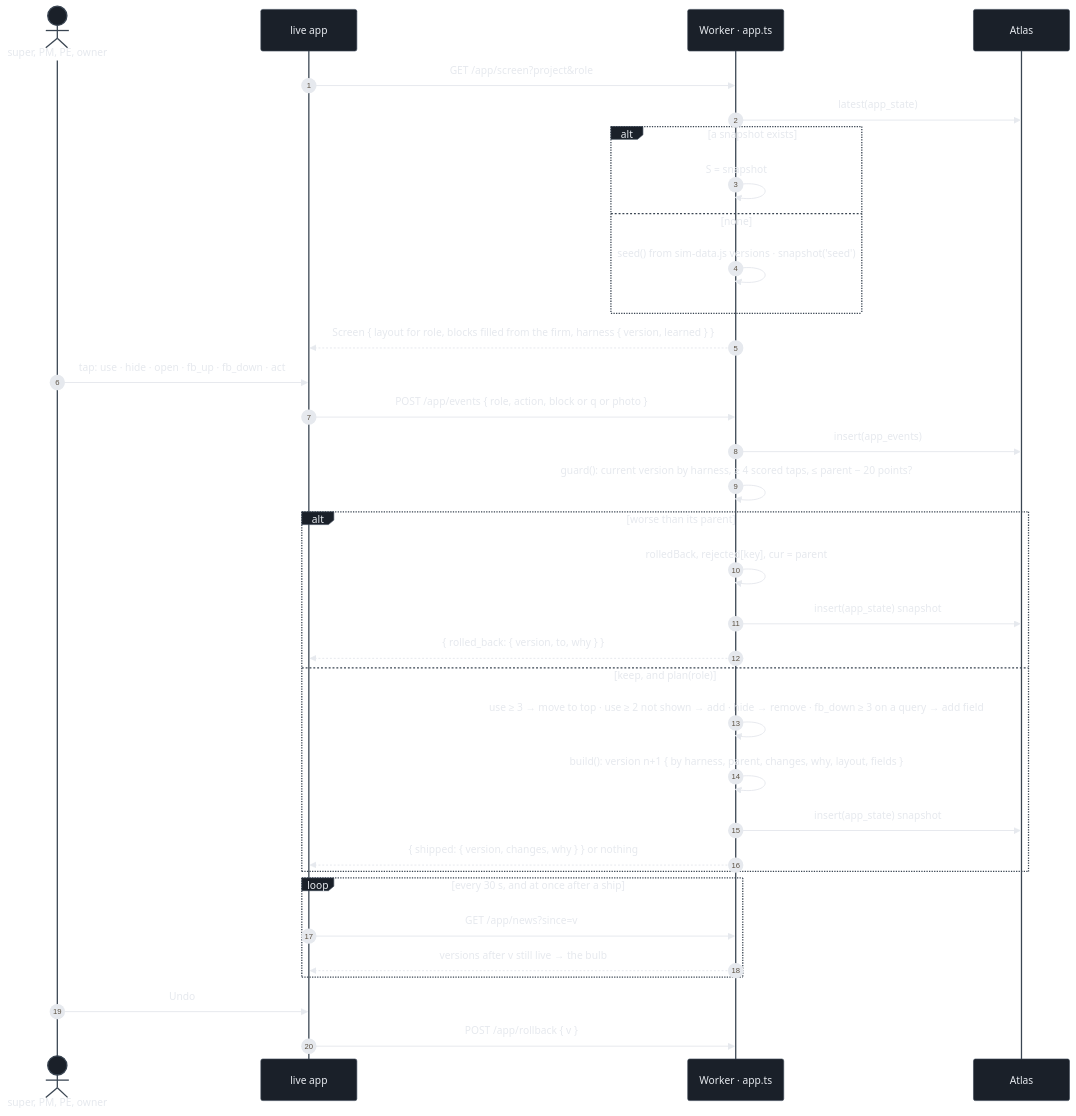
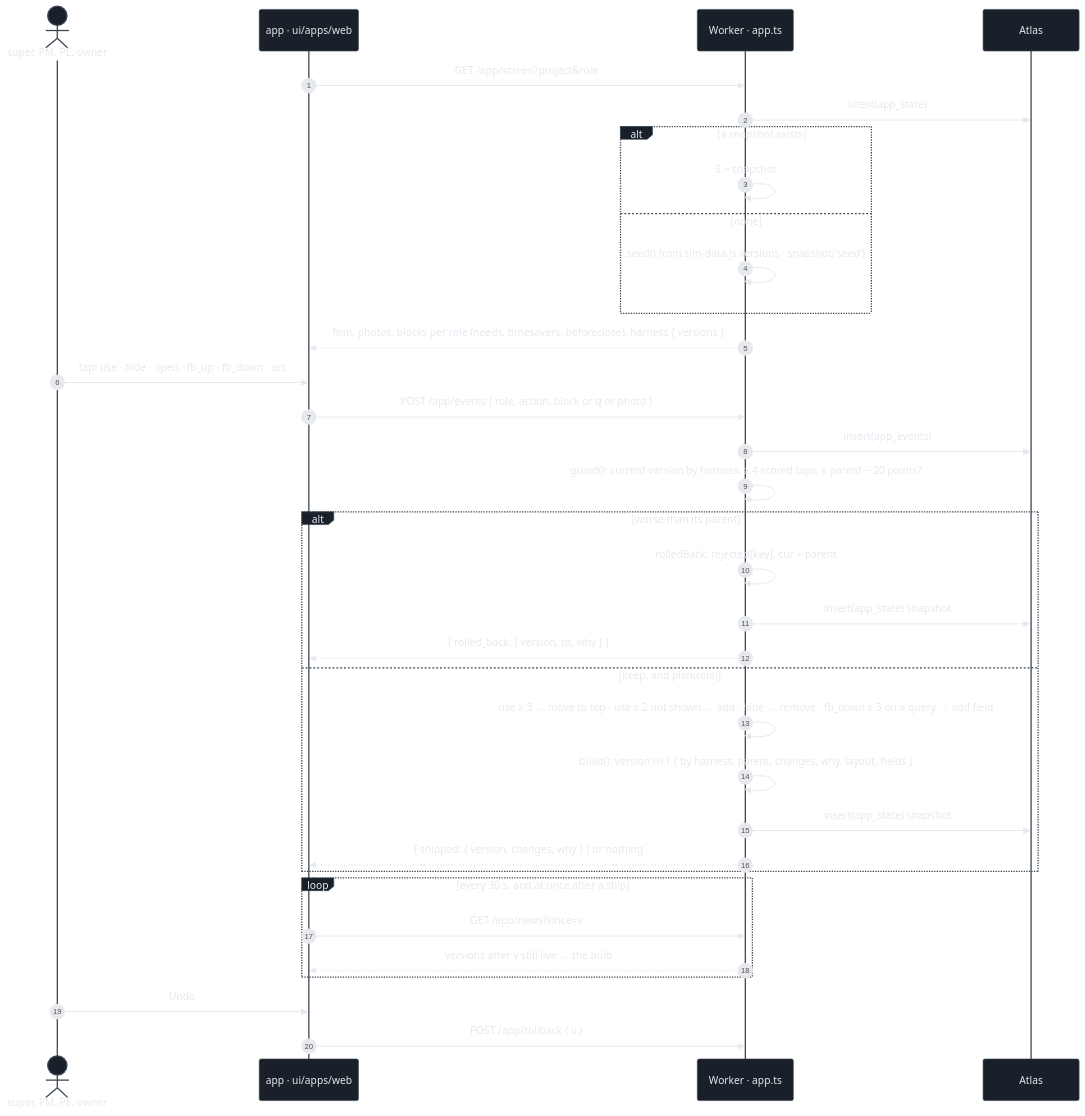
One commit to pastarita/3pt changed diagram 12 of 18 in docs/20-system-map.md. Above: the diagram before and after it, drawn with Mermaid. The commit also changed other lines of this file and 3 other files, not shown here.

First line of the commit message:
docs: 20, 21 and 22 describe the web app at /app/ and live as no longer served

````diff
--- a/docs/20-system-map.md
+++ b/docs/20-system-map.md
@@ -664,37 +665,37 @@
 ```mermaid
 %%{init: {"theme":"base","themeVariables":{"background":"#0f1216","primaryColor":"#1a2029","primaryTextColor":"#e6e9ee","primaryBorderColor":"#3a4552","lineColor":"#a3adbb","fontFamily":"ui-monospace, Menlo, monospace","fontSize":"12px"}}}%%
 sequenceDiagram
   autonumber
   actor U as super, PM, PE, owner
-  participant L as live app
+  participant L as app · ui/apps/web
   participant W as Worker · app.ts
   participant A as Atlas
   L->>W: GET /app/screen?project&role
   W->>A: latest(app_state)
   alt a snapshot exists
     W->>W: S = snapshot
   else none
     W->>W: seed() from sim-data.js versions · snapshot('seed')
   end
-  W-->>L: Screen { layout for role, blocks filled from the firm, harness { version, learned } }
+  W-->>L: firm, photos, blocks per role (needs, timesavers, beforeclose), harness { versions }
   U->>L: tap: use · hide · open · fb_up · fb_down · act
   L->>W: POST /app/events { role, action, block or q or photo }
   W->>A: insert(app_events)
   W->>W: guard(): current version by harness, ≥ 4 scored taps, ≤ parent − 20 points?
   alt worse than its parent
     W->>W: rolledBack, rejected[key], cur = parent
     W->>A: insert(app_state) snapshot
     W-->>L: { rolled_back: { version, to, why } }
   else keep, and plan(role)
     W->>W: use ≥ 3 → move to top · use ≥ 2 not shown → add · hide → remove · fb_down ≥ 3 on a query → add field
     W->>W: build(): version n+1 { by harness, parent, changes, why, layout, fields }
     W->>A: insert(app_state) snapshot
     W-->>L: { shipped: { version, changes, why } } or nothing
   end
   loop every 30 s, and at once after a ship
     L->>W: GET /app/news?since=v
     W-->>L: versions after v still live → the bulb
   end
   U->>L: Undo
   L->>W: POST /app/rollback { v }
 ```
````
